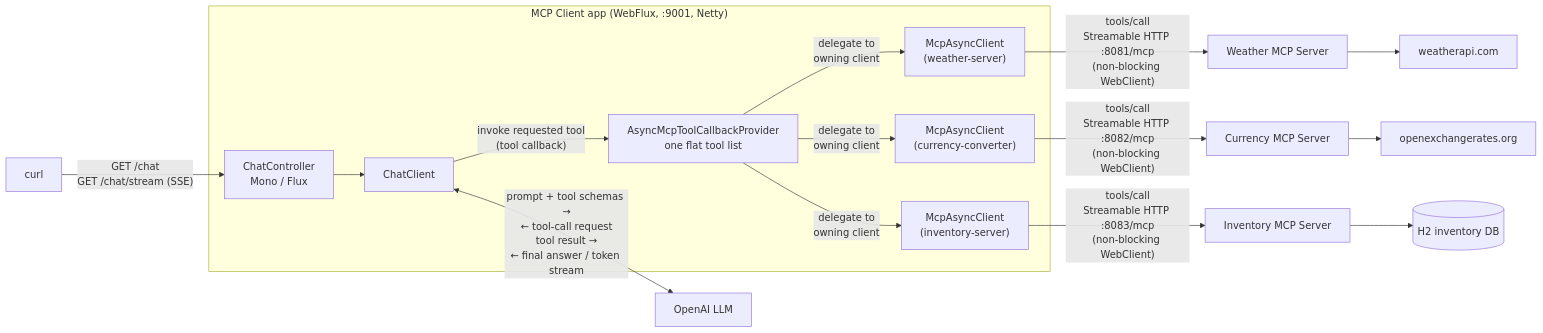
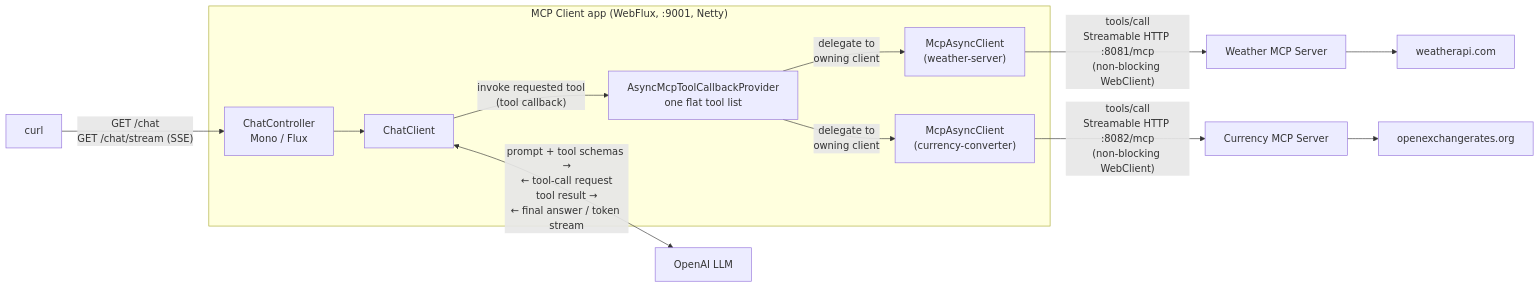
Before and after one commit to dilipsundarraj1/spring-ai: the diagram in mcp/mcp-client/webflux/README.md, drawn with Mermaid. The commit also changed other lines of this file and 3 other files, not shown here.

Commit message:
update application configuration and enhance README; change server port to 8085 and add architecture overview with flowchart for Inventory MCP Server

````diff
--- a/mcp/mcp-client/webflux/README.md
+++ b/mcp/mcp-client/webflux/README.md
@@ -61,22 +19,19 @@
 ```mermaid
 flowchart LR
     U["curl"] -- "GET /chat<br/>GET /chat/stream (SSE)" --> CC
 
     subgraph APP["MCP Client app (WebFlux, :9001, Netty)"]
         CC["ChatController<br/>Mono / Flux"] --> CH["ChatClient"]
         CH -- "invoke requested tool<br/>(tool callback)" --> TP["AsyncMcpToolCallbackProvider<br/>one flat tool list"]
         TP -- "delegate to<br/>owning client" --> C1["McpAsyncClient<br/>(weather-server)"]
         TP -- "delegate to<br/>owning client" --> C2["McpAsyncClient<br/>(currency-converter)"]
-        TP -- "delegate to<br/>owning client" --> C3["McpAsyncClient<br/>(inventory-server)"]
     end
 
     CH <-- "prompt + tool schemas →<br/>← tool-call request<br/>tool result →<br/>← final answer / token stream" --> LLM["OpenAI LLM"]
 
     C1 -- "tools/call<br/>Streamable HTTP :8081/mcp<br/>(non-blocking WebClient)" --> WS["Weather MCP Server"]
     C2 -- "tools/call<br/>Streamable HTTP :8082/mcp<br/>(non-blocking WebClient)" --> XS["Currency MCP Server"]
-    C3 -- "tools/call<br/>Streamable HTTP :8083/mcp<br/>(non-blocking WebClient)" --> IS["Inventory MCP Server"]
 
     WS --> WA["weatherapi.com"]
     XS --> OX["openexchangerates.org"]
-    IS --> DB[("H2 inventory DB")]
 ```
````
